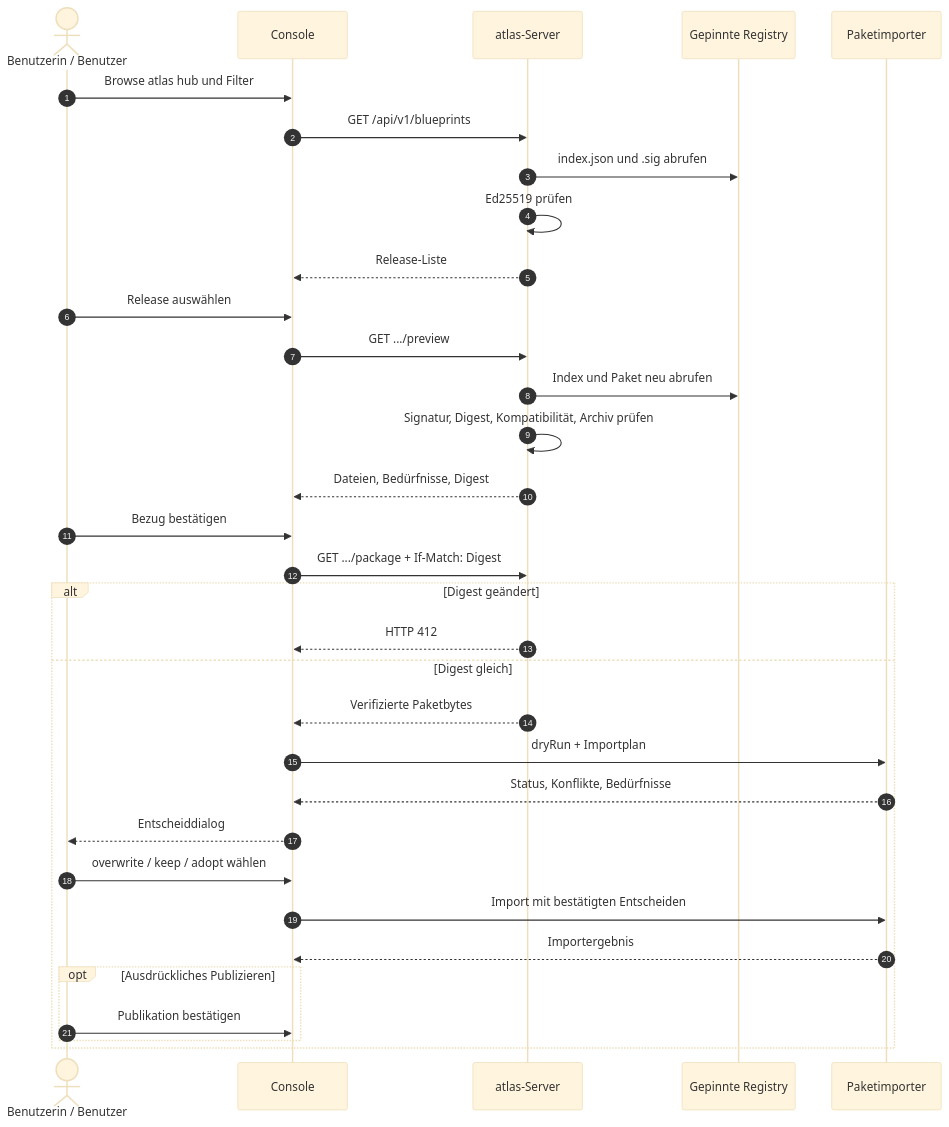
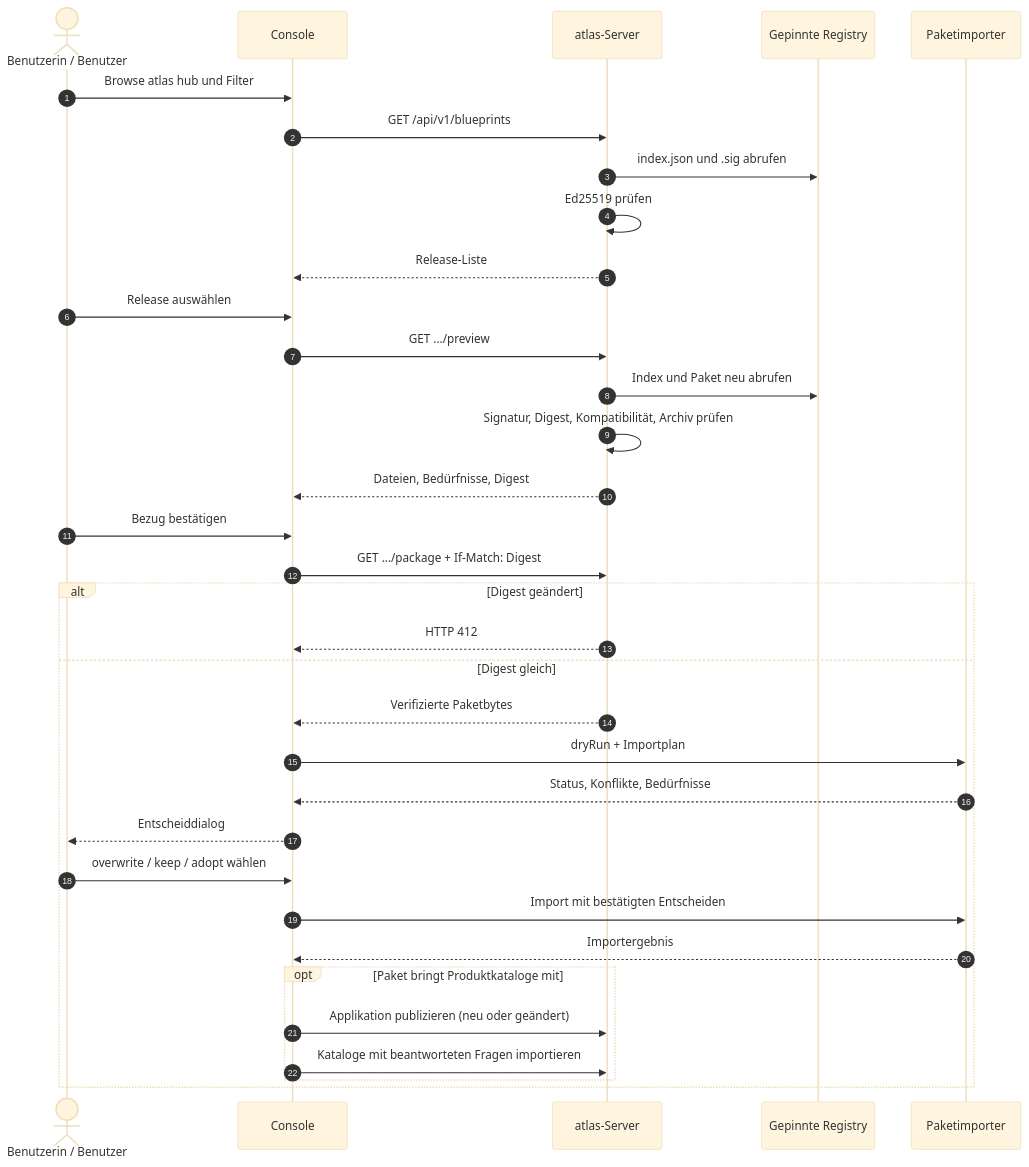
Before and after one commit to pblumer/atlas: the third of 4 diagrams in docs/whitepapers/atlas-hub-signierte-verteilung.md, drawn with Mermaid (base theme). The commit also changed other lines of this file and 2 other files, not shown here.

````diff
--- a/docs/whitepapers/atlas-hub-signierte-verteilung.md
+++ b/docs/whitepapers/atlas-hub-signierte-verteilung.md
@@ -338,35 +348,36 @@
 ```mermaid
 sequenceDiagram
   autonumber
   actor U as Benutzerin / Benutzer
   participant C as Console
   participant S as atlas-Server
   participant R as Gepinnte Registry
   participant I as Paketimporter
   U->>C: Browse atlas hub und Filter
   C->>S: GET /api/v1/blueprints
   S->>R: index.json und .sig abrufen
   S->>S: Ed25519 prüfen
   S-->>C: Release-Liste
   U->>C: Release auswählen
   C->>S: GET .../preview
   S->>R: Index und Paket neu abrufen
   S->>S: Signatur, Digest, Kompatibilität, Archiv prüfen
   S-->>C: Dateien, Bedürfnisse, Digest
   U->>C: Bezug bestätigen
   C->>S: GET .../package + If-Match: Digest
   alt Digest geändert
     S-->>C: HTTP 412
   else Digest gleich
     S-->>C: Verifizierte Paketbytes
     C->>I: dryRun + Importplan
     I-->>C: Status, Konflikte, Bedürfnisse
     C-->>U: Entscheiddialog
     U->>C: overwrite / keep / adopt wählen
     C->>I: Import mit bestätigten Entscheiden
     I-->>C: Importergebnis
-    opt Ausdrückliches Publizieren
-      U->>C: Publikation bestätigen
+    opt Paket bringt Produktkataloge mit
+      C->>S: Applikation publizieren (neu oder geändert)
+      C->>S: Kataloge mit beantworteten Fragen importieren
     end
   end
 ```
````
